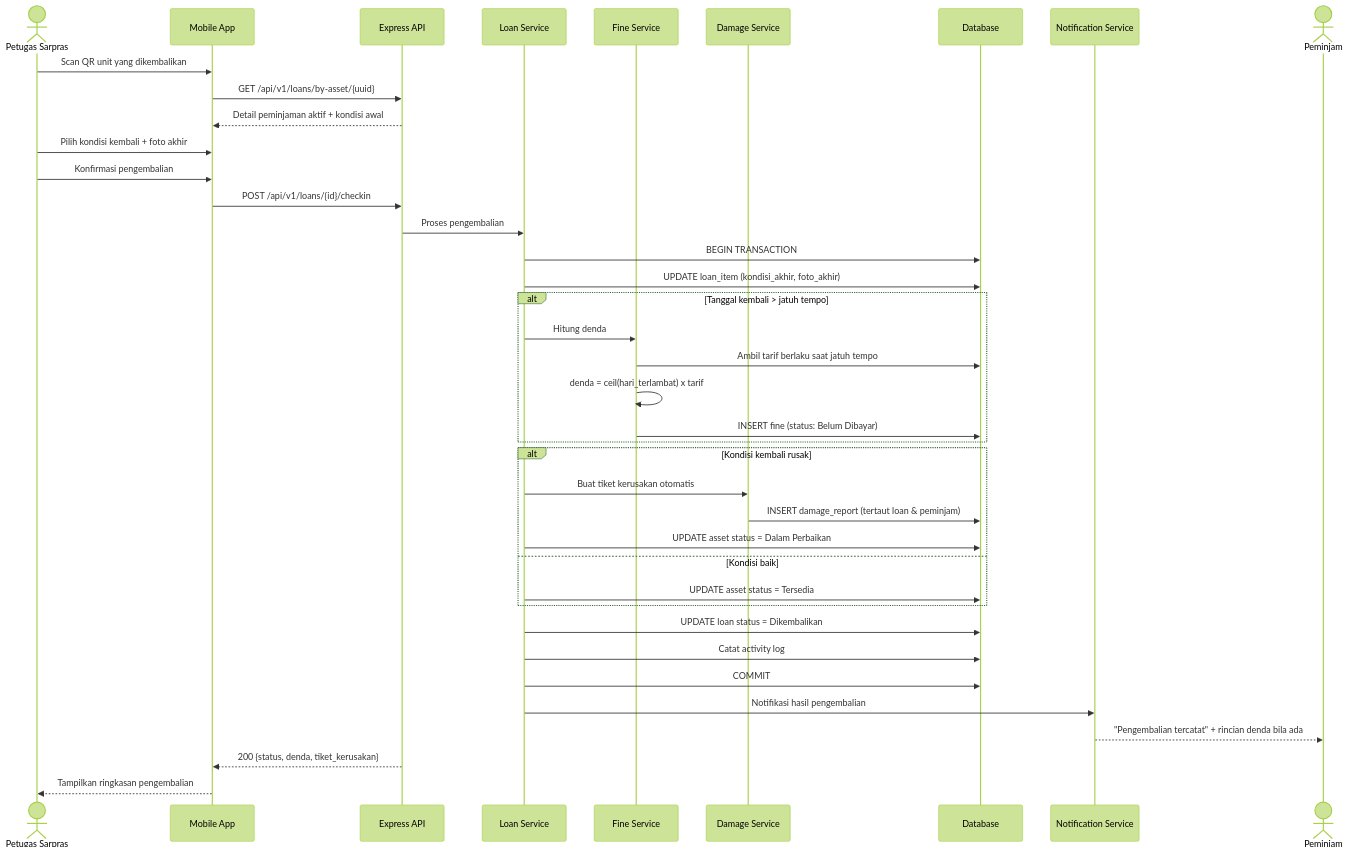
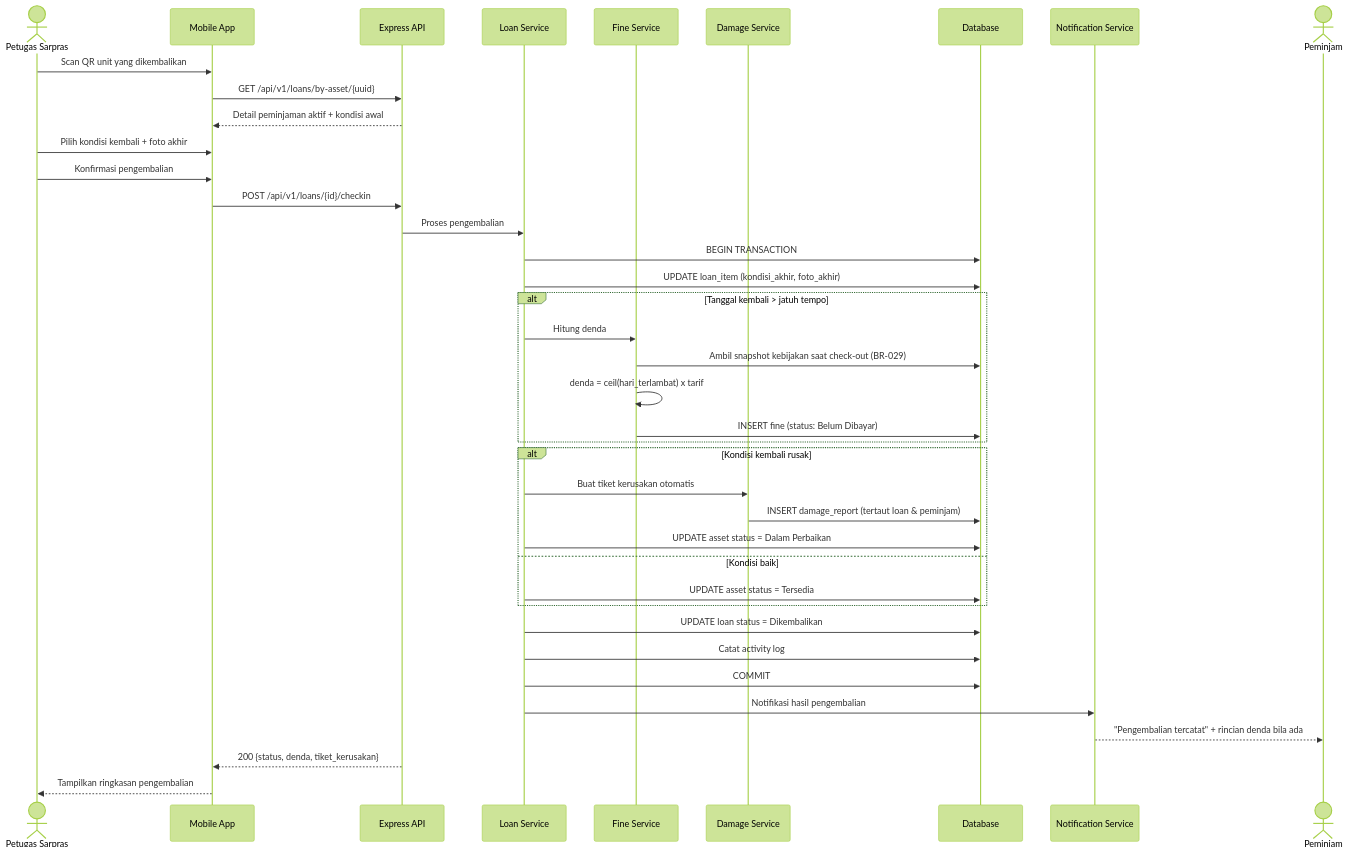
One commit to HanzzzBD/SIGM4 changed the second of 3 diagrams in docs/PRD/02-modules/m09-loans.md. Above: the diagram before and after it, drawn with Mermaid (forest theme). The commit also changed other lines of this file and 1740 other files, not shown here.

````diff
--- a/docs/PRD/02-modules/m09-loans.md
+++ b/docs/PRD/02-modules/m09-loans.md
@@ -76,46 +76,46 @@
 ```mermaid
 sequenceDiagram
     actor S as Petugas Sarpras
     participant M as Mobile App
     participant API as Express API
     participant LOAN as Loan Service
     participant FINE as Fine Service
     participant DMG as Damage Service
     participant DB as Database
     participant NOTIF as Notification Service
     actor P as Peminjam
 
     S->>M: Scan QR unit yang dikembalikan
     M->>API: GET /api/v1/loans/by-asset/{uuid}
     API-->>M: Detail peminjaman aktif + kondisi awal
 
     S->>M: Pilih kondisi kembali + foto akhir
     S->>M: Konfirmasi pengembalian
     M->>API: POST /api/v1/loans/{id}/checkin
     API->>LOAN: Proses pengembalian
     LOAN->>DB: BEGIN TRANSACTION
     LOAN->>DB: UPDATE loan_item (kondisi_akhir, foto_akhir)
 
     alt Tanggal kembali > jatuh tempo
         LOAN->>FINE: Hitung denda
-        FINE->>DB: Ambil tarif berlaku saat jatuh tempo
+        FINE->>DB: Ambil snapshot kebijakan saat check-out (BR-029)
         FINE->>FINE: denda = ceil(hari_terlambat) x tarif
         FINE->>DB: INSERT fine (status: Belum Dibayar)
     end
 
     alt Kondisi kembali rusak
         LOAN->>DMG: Buat tiket kerusakan otomatis
         DMG->>DB: INSERT damage_report (tertaut loan & peminjam)
         LOAN->>DB: UPDATE asset status = Dalam Perbaikan
     else Kondisi baik
         LOAN->>DB: UPDATE asset status = Tersedia
     end
 
     LOAN->>DB: UPDATE loan status = Dikembalikan
     LOAN->>DB: Catat activity log
     LOAN->>DB: COMMIT
     LOAN->>NOTIF: Notifikasi hasil pengembalian
     NOTIF-->>P: "Pengembalian tercatat" + rincian denda bila ada
     API-->>M: 200 {status, denda, tiket_kerusakan}
     M-->>S: Tampilkan ringkasan pengembalian
 ```
````
